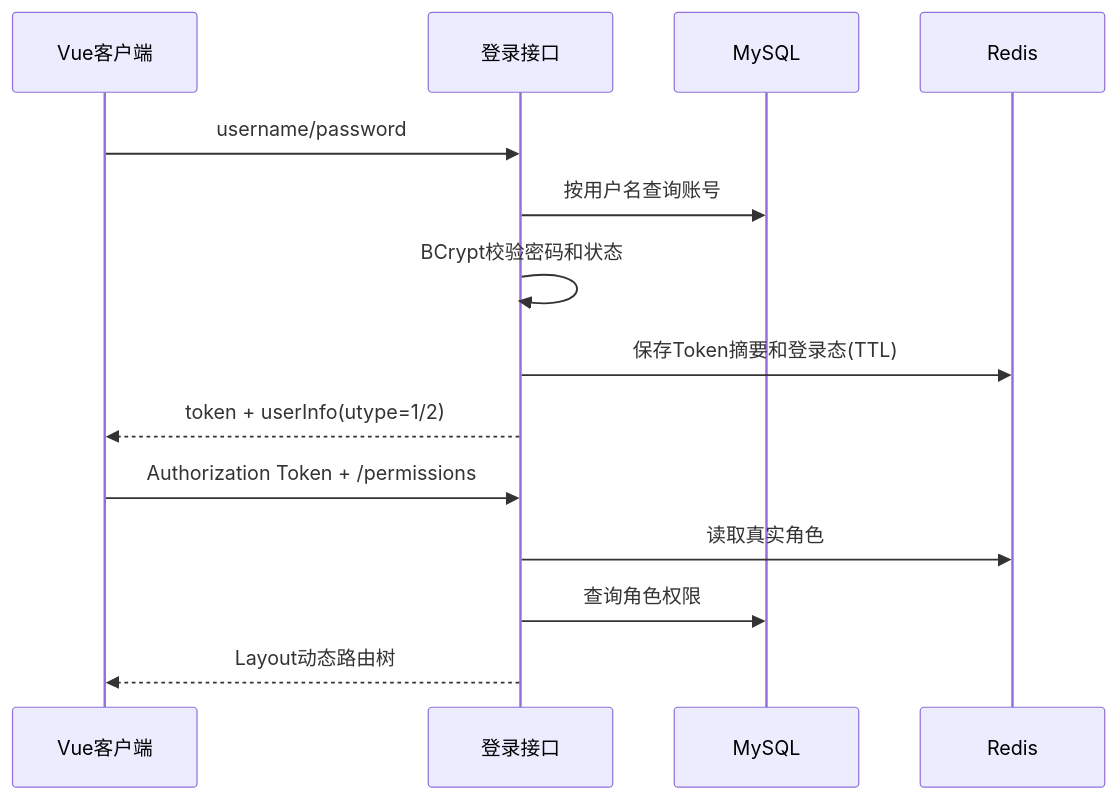
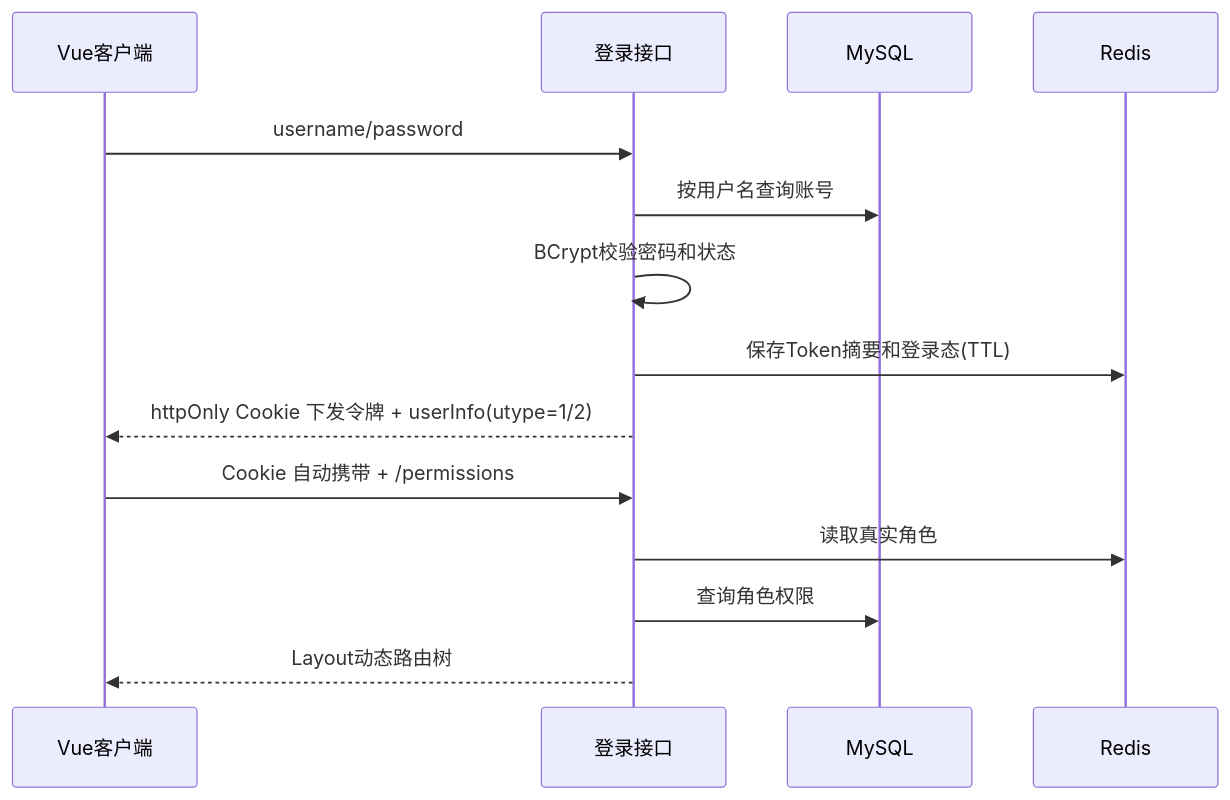
One commit to anmoryli/shixun-swmu changed the second of 3 diagrams in process-docs/开发工程师/02-architecture-and-design.md. Above: the diagram before and after it, drawn with Mermaid. The commit also changed other lines of this file, not shown here.

````diff
--- a/process-docs/开发工程师/02-architecture-and-design.md
+++ b/process-docs/开发工程师/02-architecture-and-design.md
@@ -41,16 +41,16 @@
 ```mermaid
 sequenceDiagram
     participant C as Vue客户端
     participant A as 登录接口
     participant DB as MySQL
     participant R as Redis
     C->>A: username/password
     A->>DB: 按用户名查询账号
     A->>A: BCrypt校验密码和状态
     A->>R: 保存Token摘要和登录态(TTL)
-    A-->>C: token + userInfo(utype=1/2)
-    C->>A: Authorization Token + /permissions
+    A-->>C: httpOnly Cookie 下发令牌 + userInfo(utype=1/2)
+    C->>A: Cookie 自动携带 + /permissions
     A->>R: 读取真实角色
     A->>DB: 查询角色权限
     A-->>C: Layout动态路由树
 ```
````
